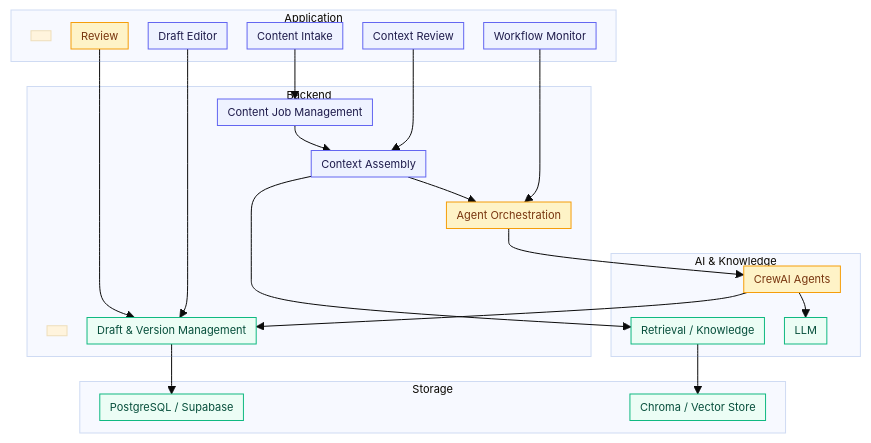
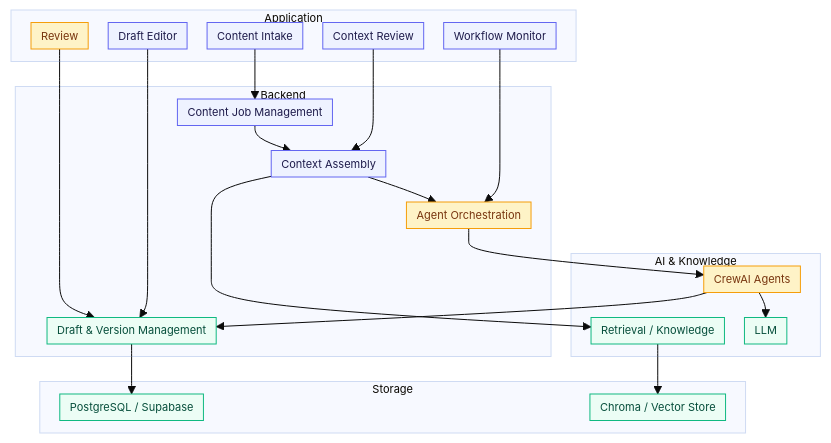
Before and after one commit to DarshanMathpal/gitlab-ai-content-engine: the third of 4 diagrams in README.md, drawn with Mermaid.

Commit message:
Remove spacer nodes from flowchart in README
Removed unused spacer nodes from flowchart.

````diff
--- a/README.md
+++ b/README.md
@@ -159,66 +159,64 @@
 ```mermaid
 %%{init: {
   "theme": "base",
   "themeVariables": {
     "fontSize": "11px"
   },
   "flowchart": {
     "nodeSpacing": 20,
     "rankSpacing": 25,
     "padding": 5
   }
 }}%%
 
 flowchart TD
 
     subgraph UI["Application"]
-        UI_SPACER[" "]
         Intake["Content Intake"]
         Context["Context Review"]
         Workflow["Workflow Monitor"]
         Editor["Draft Editor"]
         Review["Review"]
     end
 
     subgraph API["Backend"]
-        API_SPACER[" "]
         Jobs["Content Job Management"]
         Assembly["Context Assembly"]
         Orchestration["Agent Orchestration"]
         Versions["Draft & Version Management"]
     end
 
     subgraph AI["AI & Knowledge"]
         Retrieval["Retrieval / Knowledge"]
         Agents["CrewAI Agents"]
         LLM["LLM"]
     end
 
     subgraph Storage["Storage"]
         SQL["PostgreSQL / Supabase"]
         Vector["Chroma / Vector Store"]
     end
 
     Intake --> Jobs
     Context --> Assembly
     Workflow --> Orchestration
     Editor --> Versions
     Review --> Versions
 
     Jobs --> Assembly
     Assembly --> Retrieval
     Retrieval --> Vector
     Assembly --> Orchestration
     Orchestration --> Agents
     Agents --> LLM
     Agents --> Versions
     Versions --> SQL
 
     classDef stage fill:#EEF2FF,stroke:#6366F1,color:#1E1B4B,stroke-width:1px;
     classDef review fill:#FEF3C7,stroke:#F59E0B,color:#78350F,stroke-width:1px;
     classDef output fill:#ECFDF5,stroke:#10B981,color:#064E3B,stroke-width:1px;
 
     class Intake,Context,Workflow,Editor,Jobs,Assembly stage;
     class Review,Orchestration,Agents review;
     class Retrieval,LLM,Versions,SQL,Vector output;
 ```
````
